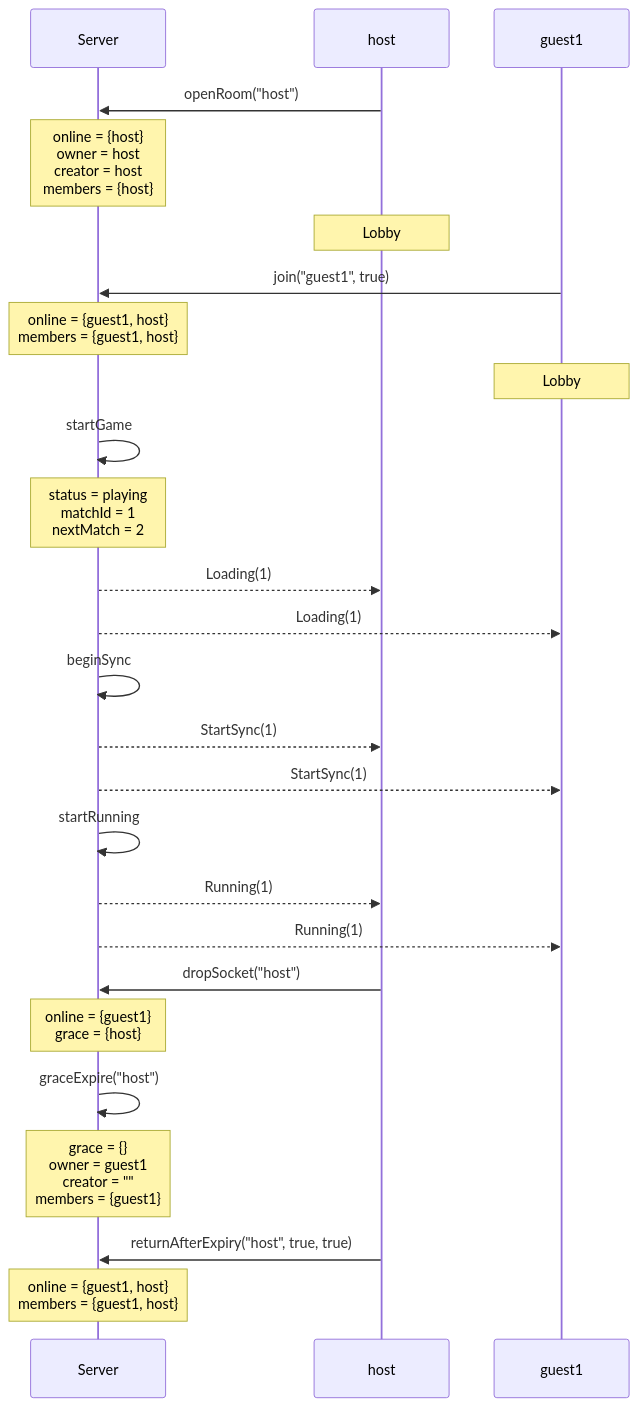
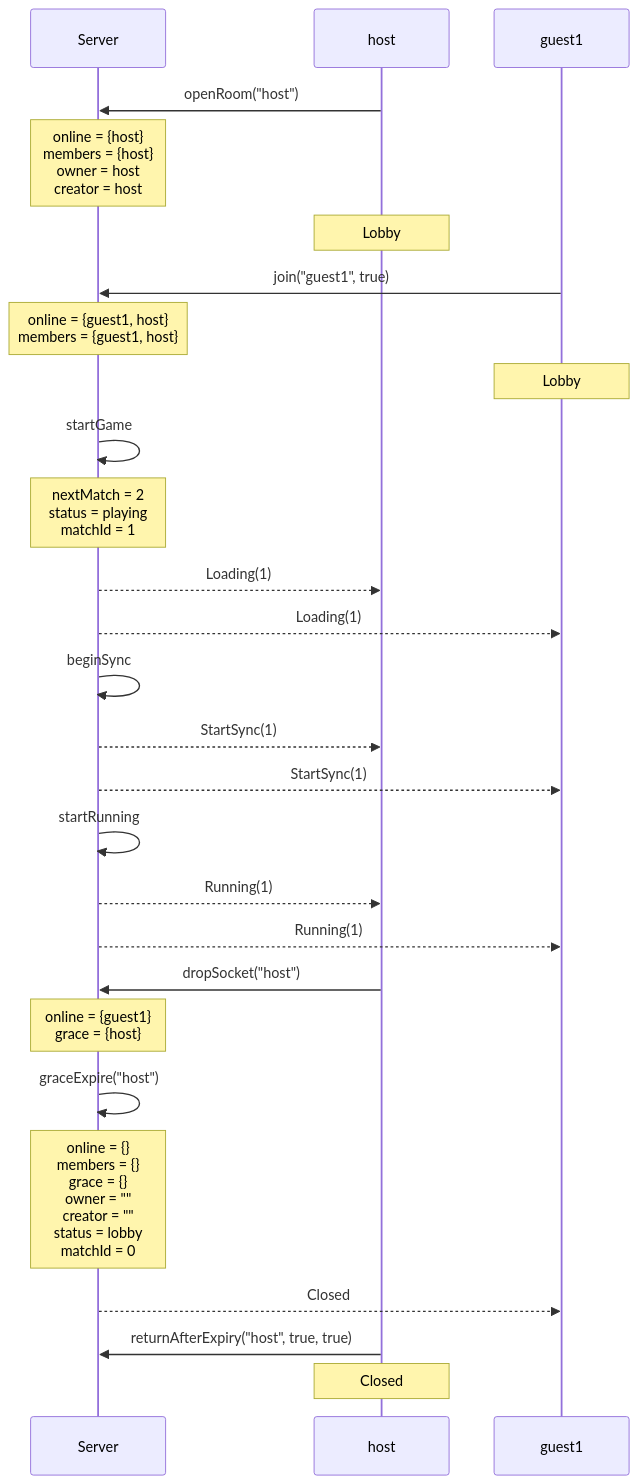
One commit to kwilson21/kaillera-next changed diagram 14 of 36 in docs/spec-traces.md. Above: the diagram before and after it, drawn with Mermaid. The commit also changed other lines of this file and 36 other files, not shown here.

````diff
--- a/docs/spec-traces.md
+++ b/docs/spec-traces.md
@@ -262,28 +324,29 @@
 ```mermaid
 sequenceDiagram
   participant Server
   participant host
   participant guest1
   host->>Server: openRoom("host")
-  Note over Server: online = {host}<br/>owner = host<br/>creator = host<br/>members = {host}
+  Note over Server: online = {host}<br/>members = {host}<br/>owner = host<br/>creator = host
   Note over host: Lobby
   guest1->>Server: join("guest1", true)
   Note over Server: online = {guest1, host}<br/>members = {guest1, host}
   Note over guest1: Lobby
   Server->>Server: startGame
-  Note over Server: status = playing<br/>matchId = 1<br/>nextMatch = 2
+  Note over Server: nextMatch = 2<br/>status = playing<br/>matchId = 1
   Server-->>host: Loading(1)
   Server-->>guest1: Loading(1)
   Server->>Server: beginSync
   Server-->>host: StartSync(1)
   Server-->>guest1: StartSync(1)
   Server->>Server: startRunning
   Server-->>host: Running(1)
   Server-->>guest1: Running(1)
   host->>Server: dropSocket("host")
   Note over Server: online = {guest1}<br/>grace = {host}
   Server->>Server: graceExpire("host")
-  Note over Server: grace = {}<br/>owner = guest1<br/>creator = ""<br/>members = {guest1}
+  Note over Server: online = {}<br/>members = {}<br/>grace = {}<br/>owner = ""<br/>creator = ""<br/>status = lobby<br/>matchId = 0
+  Server-->>guest1: Closed
   host->>Server: returnAfterExpiry("host", true, true)
-  Note over Server: online = {guest1, host}<br/>members = {guest1, host}
+  Note over host: Closed
 ```
````
